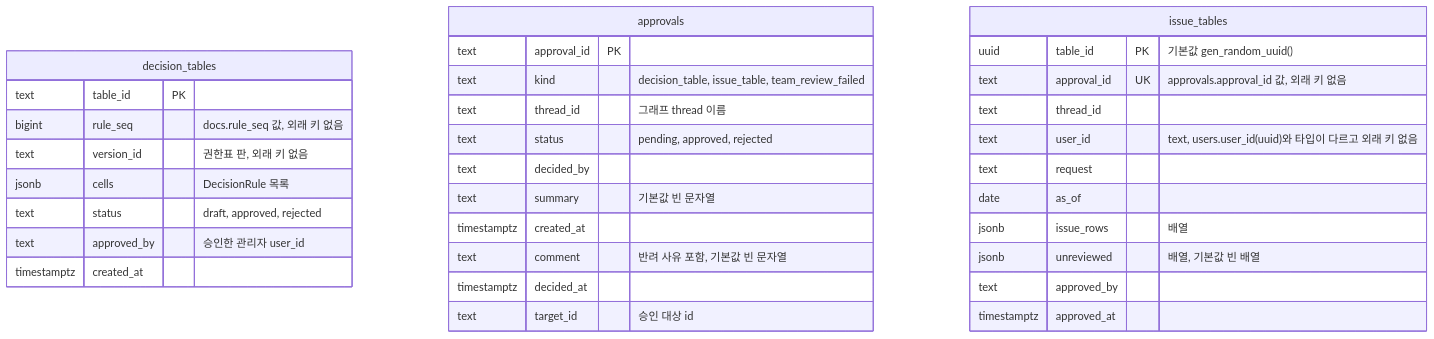
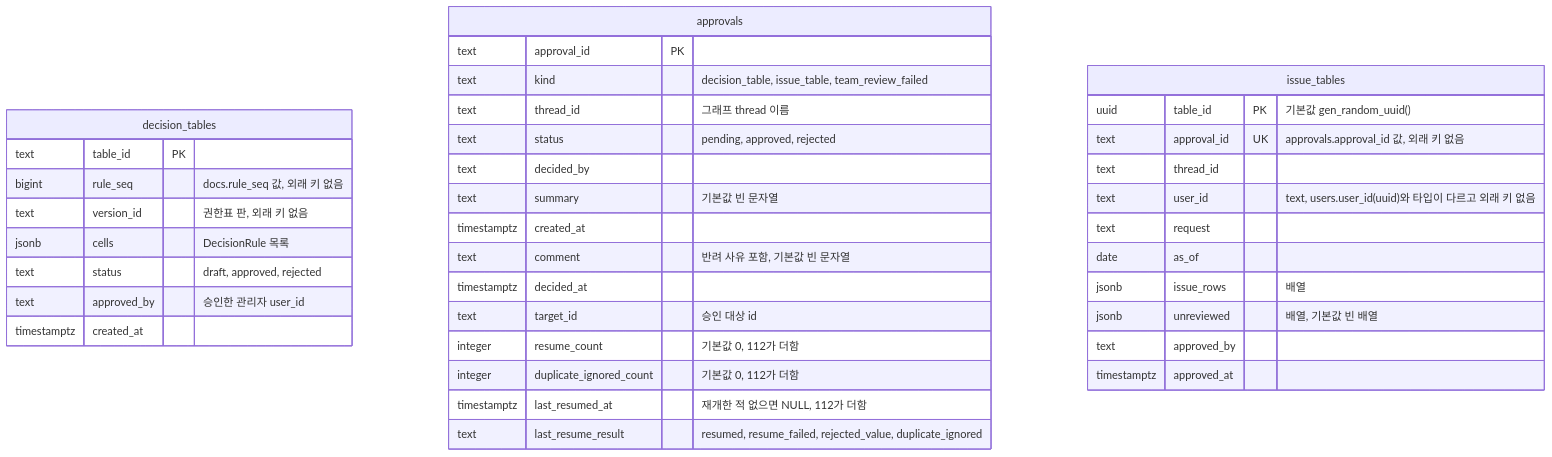
One commit to seungwook-kim/provena changed the third of 8 diagrams in docs/db/ERD.md. Above: the diagram before and after it, drawn with Mermaid. The commit also changed other lines of this file and 330 other files, not shown here.

````diff
--- a/docs/db/ERD.md
+++ b/docs/db/ERD.md
@@ -171,36 +171,40 @@
 ```mermaid
 erDiagram
     decision_tables {
         text table_id PK
         bigint rule_seq "docs.rule_seq 값, 외래 키 없음"
         text version_id "권한표 판, 외래 키 없음"
         jsonb cells "DecisionRule 목록"
         text status "draft, approved, rejected"
         text approved_by "승인한 관리자 user_id"
         timestamptz created_at
     }
     approvals {
         text approval_id PK
         text kind "decision_table, issue_table, team_review_failed"
         text thread_id "그래프 thread 이름"
         text status "pending, approved, rejected"
         text decided_by
         text summary "기본값 빈 문자열"
         timestamptz created_at
         text comment "반려 사유 포함, 기본값 빈 문자열"
         timestamptz decided_at
         text target_id "승인 대상 id"
+        integer resume_count "기본값 0, 112가 더함"
+        integer duplicate_ignored_count "기본값 0, 112가 더함"
+        timestamptz last_resumed_at "재개한 적 없으면 NULL, 112가 더함"
+        text last_resume_result "resumed, resume_failed, rejected_value, duplicate_ignored"
     }
     issue_tables {
         uuid table_id PK "기본값 gen_random_uuid()"
         text approval_id UK "approvals.approval_id 값, 외래 키 없음"
         text thread_id
         text user_id "text, users.user_id(uuid)와 타입이 다르고 외래 키 없음"
         text request
         date as_of
         jsonb issue_rows "배열"
         jsonb unreviewed "배열, 기본값 빈 배열"
         text approved_by
         timestamptz approved_at
     }
 ```
````
